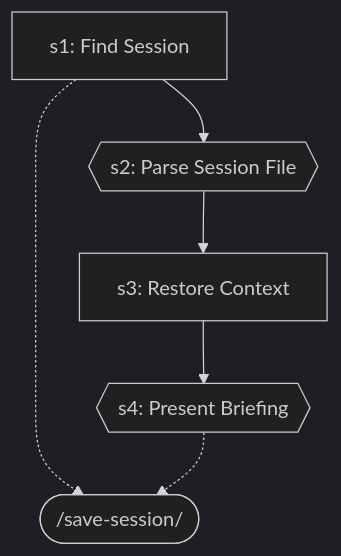
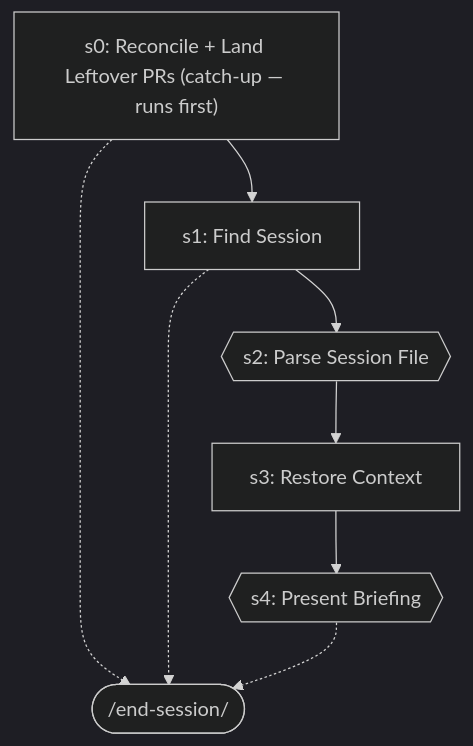
One commit to abhayla/claude-best-practices changed diagram 11 of 12 in docs/workflows/session-continuity.md. Above: the diagram before and after it, drawn with Mermaid (dark theme). The commit also changed other lines of this file and 32 other files, not shown here.

````diff
--- a/docs/workflows/session-continuity.md
+++ b/docs/workflows/session-continuity.md
@@ -559,14 +586,18 @@
 ```mermaid
 graph TD
+    s0["s0: Reconcile + Land Leftover PRs (catch-up — runs first)"]
+    end_session_ext([/end-session/])
+    s0 -.-> end_session_ext
     s1["s1: Find Session"]
-    save_session_ext([/save-session/])
-    s1 -.-> save_session_ext
+    s0 --> s1
+    end_session_ext([/end-session/])
+    s1 -.-> end_session_ext
     s2{{s2: Parse Session File}}
     s1 --> s2
     s3["s3: Restore Context"]
     s2 --> s3
     s4{{s4: Present Briefing}}
     s3 --> s4
-    save_session_ext([/save-session/])
-    s4 -.-> save_session_ext
+    end_session_ext([/end-session/])
+    s4 -.-> end_session_ext
 ```
````
